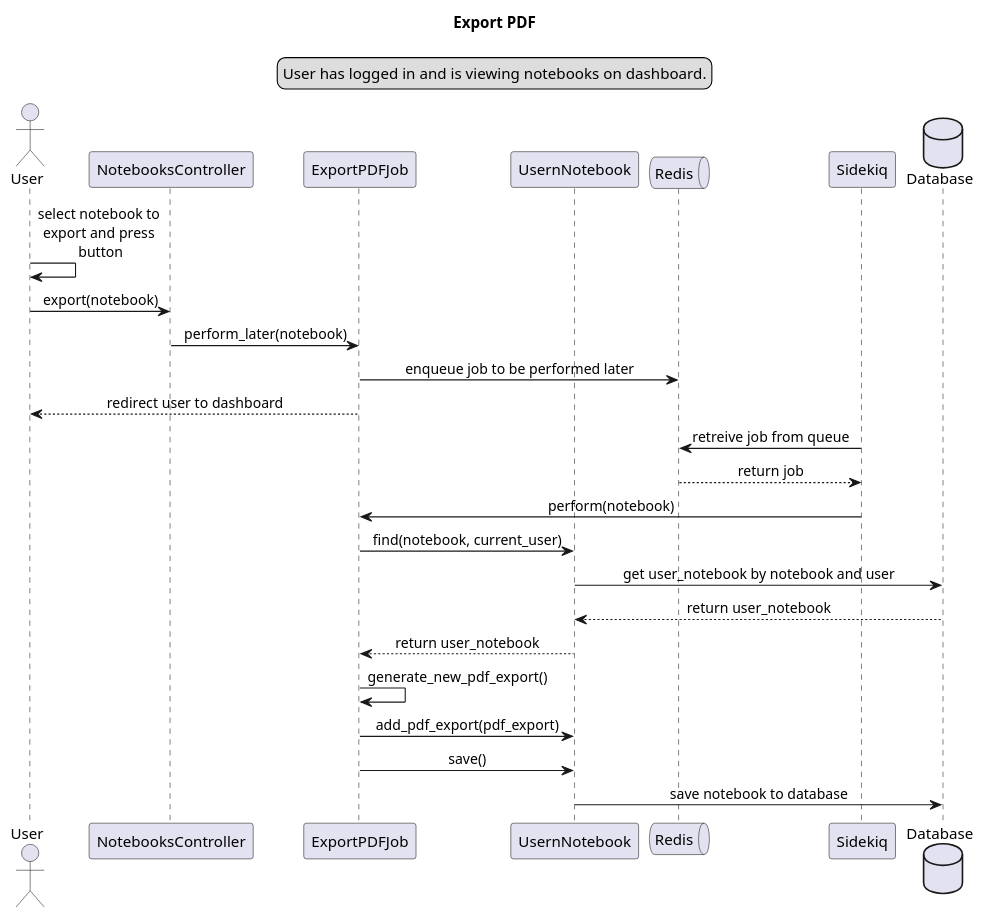
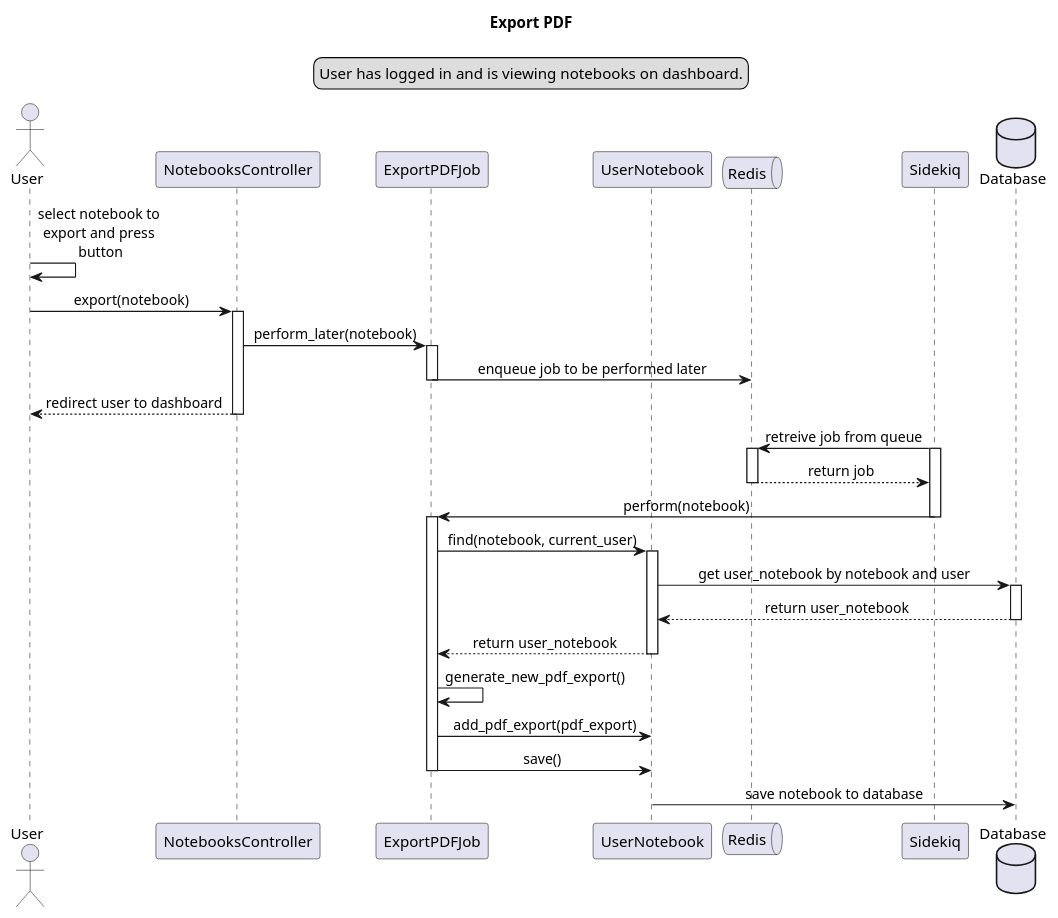
One commit to calebschoepp/canvasync changed the diagram in docs/preliminary_design/export_pdf_seq.plantuml. Above: the diagram before and after it, drawn with PlantUML. The commit also changed 14 other files, not shown here.

```diff
--- a/docs/preliminary_design/export_pdf_seq.plantuml
+++ b/docs/preliminary_design/export_pdf_seq.plantuml
@@ -1,34 +1,48 @@
 @startuml Export PDF
 title Export PDF
 skinparam sequenceMessageAlign center
 
 legend top
 User has logged in and is viewing notebooks on dashboard.
 endlegend
 
 actor User as user
 participant NotebooksController as nc
 participant ExportPDFJob as job
-participant UsernNotebook as unm
+participant UserNotebook as unm
 queue Redis as q
 participant Sidekiq as kiq
 database Database as db
 
 user -> user : select notebook to \nexport and press \nbutton
 user -> nc : export(notebook)
+activate nc
 nc -> job : perform_later(notebook)
+activate job
 job -> q : enqueue job to be performed later
-user <-- job : redirect user to dashboard
+deactivate job
+user <-- nc : redirect user to dashboard
+deactivate nc
 q <- kiq : retreive job from queue
+activate q
+activate kiq
 q --> kiq : return job
+deactivate q
 job <- kiq : perform(notebook)
+deactivate kiq
+activate job
 job -> unm : find(notebook, current_user)
+activate unm
 unm -> db : get user_notebook by notebook and user
+activate db
 unm <-- db : return user_notebook
+deactivate db
 job <-- unm : return user_notebook
+deactivate unm
 job -> job : generate_new_pdf_export()
 job -> unm : add_pdf_export(pdf_export)
 job -> unm : save()
+deactivate job
 unm -> db : save notebook to database
 
 @enduml
```
